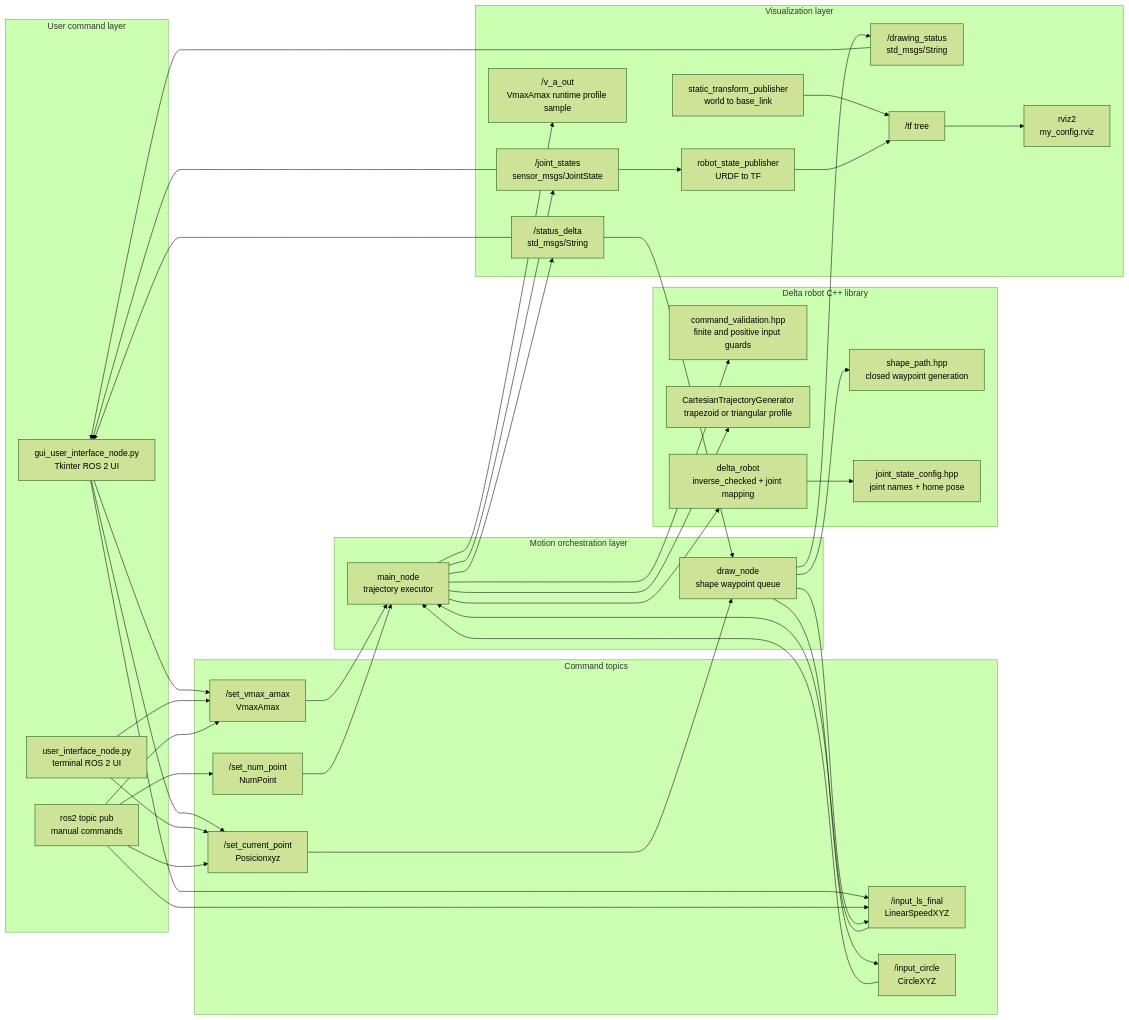
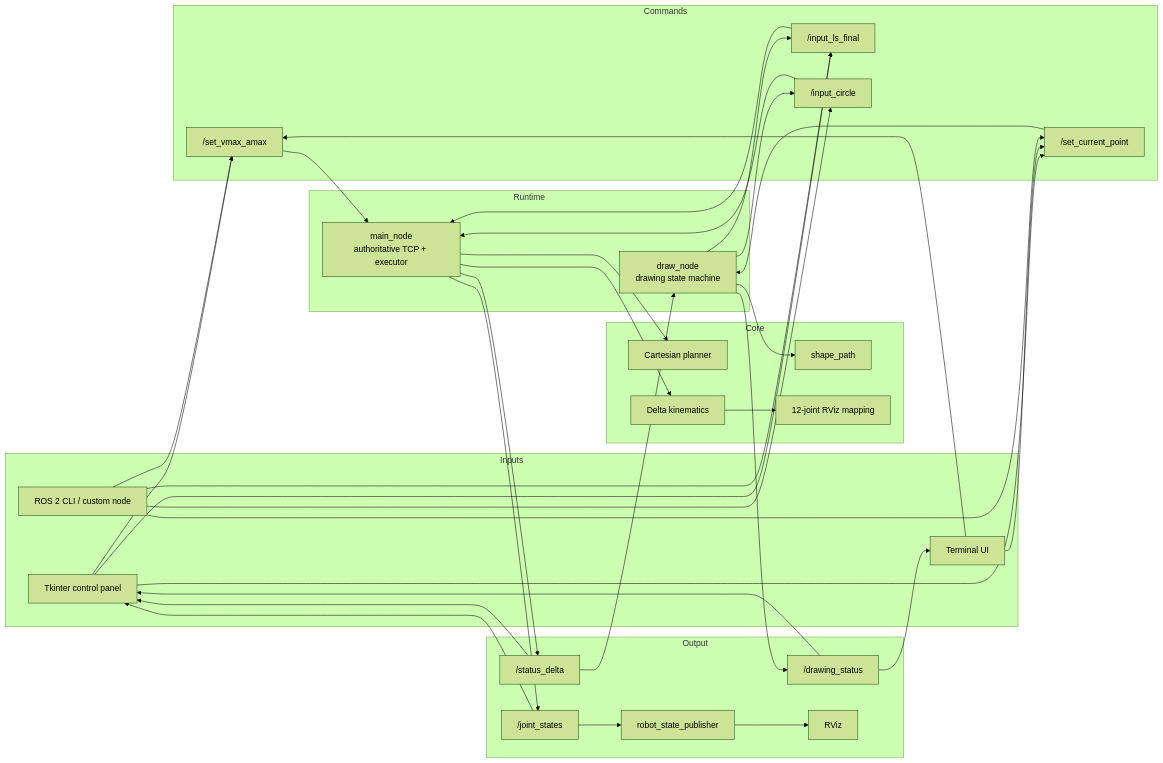
The first of 4 diagrams in docs/software_architecture.md (thanhduong8457/ROS), drawn with Mermaid (forest theme) before and after one commit. The commit also changed other lines of this file and 52 other files, not shown here.

First line of the commit message:
Refactor ROS 2 delta robot project

````diff
--- a/docs/software_architecture.md
+++ b/docs/software_architecture.md
@@ -10,77 +9,66 @@
 ```mermaid
 flowchart LR
-    subgraph UserLayer["User command layer"]
-        GUI["gui_user_interface_node.py<br/>Tkinter ROS 2 UI"]
-        TUI["user_interface_node.py<br/>terminal ROS 2 UI"]
-        CLI["ros2 topic pub<br/>manual commands"]
+    subgraph Inputs
+        GUI["Tkinter control panel"]
+        TUI["Terminal UI"]
+        CLI["ROS 2 CLI / custom node"]
     end
 
-    subgraph CommandTopics["Command topics"]
-        LimitsTopic["/set_vmax_amax<br/>VmaxAmax"]
-        ShapeTopic["/set_current_point<br/>Posicionxyz"]
-        DirectSegmentTopic["/input_ls_final<br/>LinearSpeedXYZ"]
-        CircleTopic["/input_circle<br/>CircleXYZ"]
-        ResolutionTopic["/set_num_point<br/>NumPoint"]
+    subgraph Commands
+        LIMITS["/set_vmax_amax"]
+        SHAPE["/set_current_point"]
+        LINE["/input_ls_final"]
+        CIRCLE["/input_circle"]
     end
 
-    subgraph MotionLayer["Motion orchestration layer"]
-        DrawNode["draw_node<br/>shape waypoint queue"]
-        MainNode["main_node<br/>trajectory executor"]
+    subgraph Runtime
+        DRAW["draw_node<br/>drawing state machine"]
+        MAIN["main_node<br/>authoritative TCP + executor"]
     end
 
-    subgraph CoreLibrary["Delta robot C++ library"]
-        Validation["command_validation.hpp<br/>finite and positive input guards"]
-        ShapePath["shape_path.hpp<br/>closed waypoint generation"]
-        Planner["CartesianTrajectoryGenerator<br/>trapezoid or triangular profile"]
-        IK["delta_robot<br/>inverse_checked + joint mapping"]
-        Config["joint_state_config.hpp<br/>joint names + home pose"]
+    subgraph Core
+        PATHS["shape_path"]
+        PLANNER["Cartesian planner"]
+        IK["Delta kinematics"]
+        MAPPING["12-joint RViz mapping"]
     end
 
-    subgraph Visualization["Visualization layer"]
-        JointStates["/joint_states<br/>sensor_msgs/JointState"]
-        VelocityOut["/v_a_out<br/>VmaxAmax runtime profile sample"]
-        Status["/status_delta<br/>std_msgs/String"]
-        DrawingStatus["/drawing_status<br/>std_msgs/String"]
-        RSP["robot_state_publisher<br/>URDF to TF"]
-        StaticTF["static_transform_publisher<br/>world to base_link"]
-        TF["/tf tree"]
-        RViz["rviz2<br/>my_config.rviz"]
+    subgraph Output
+        JOINTS["/joint_states"]
+        MOTION_STATUS["/status_delta"]
+        DRAW_STATUS["/drawing_status"]
+        RSP["robot_state_publisher"]
+        RVIZ["RViz"]
     end
 
-    GUI --> LimitsTopic
-    GUI --> ShapeTopic
-    GUI --> DirectSegmentTopic
-    TUI --> LimitsTopic
-    TUI --> ShapeTopic
-    CLI --> LimitsTopic
-    CLI --> ShapeTopic
-    CLI --> DirectSegmentTopic
-    CLI --> ResolutionTopic
+    GUI --> LIMITS
+    GUI --> SHAPE
+    GUI --> LINE
+    TUI --> LIMITS
+    TUI --> SHAPE
+    CLI --> LIMITS
+    CLI --> SHAPE
+    CLI --> LINE
+    CLI --> CIRCLE
 
-    LimitsTopic --> MainNode
-    ResolutionTopic --> MainNode
-    ShapeTopic --> DrawNode
-    DrawNode --> ShapePath
-    DrawNode --> DirectSegmentTopic
-    DrawNode --> CircleTopic
-    DirectSegmentTopic --> MainNode
-    CircleTopic --> MainNode
-
-    MainNode --> Validation
-    MainNode --> Planner
-    MainNode --> IK
-    IK --> Config
-    MainNode --> JointStates
-    MainNode --> VelocityOut
-    MainNode --> Status
-    Status --> DrawNode
-    Status --> GUI
-    DrawNode --> DrawingStatus
-    DrawingStatus --> GUI
-    JointStates --> GUI
-
-    JointStates --> RSP
-    StaticTF --> TF
-    RSP --> TF
-    TF --> RViz
+    SHAPE --> DRAW
+    DRAW --> PATHS
+    DRAW --> LINE
+    DRAW --> CIRCLE
+    LIMITS --> MAIN
+    LINE --> MAIN
+    CIRCLE --> MAIN
+    MAIN --> PLANNER
+    MAIN --> IK
+    IK --> MAPPING
+    MAIN --> JOINTS
+    MAIN --> MOTION_STATUS
+    MOTION_STATUS --> DRAW
+    MOTION_STATUS --> GUI
+    DRAW --> DRAW_STATUS
+    DRAW_STATUS --> GUI
+    DRAW_STATUS --> TUI
+    JOINTS --> GUI
+    JOINTS --> RSP
+    RSP --> RVIZ
 ```
````
